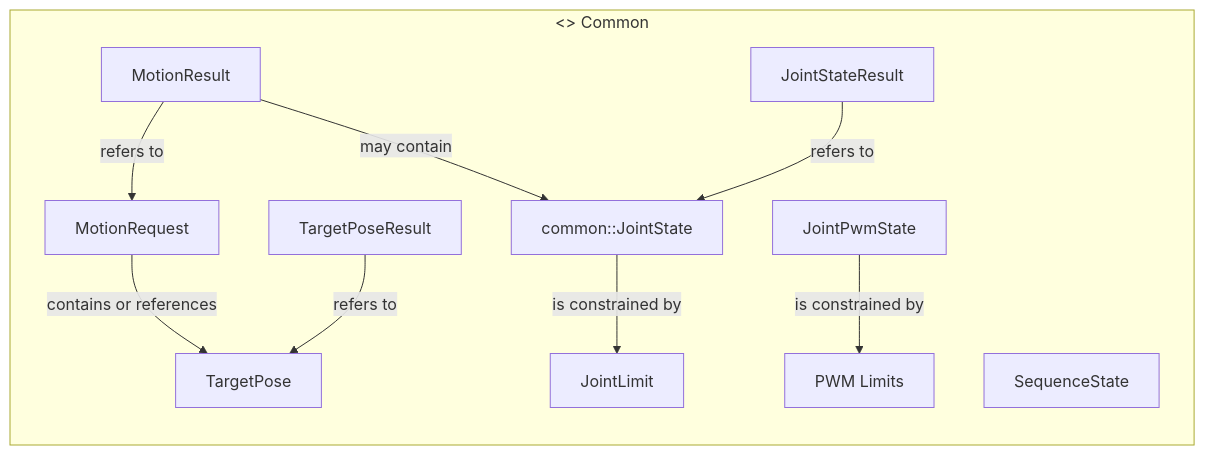
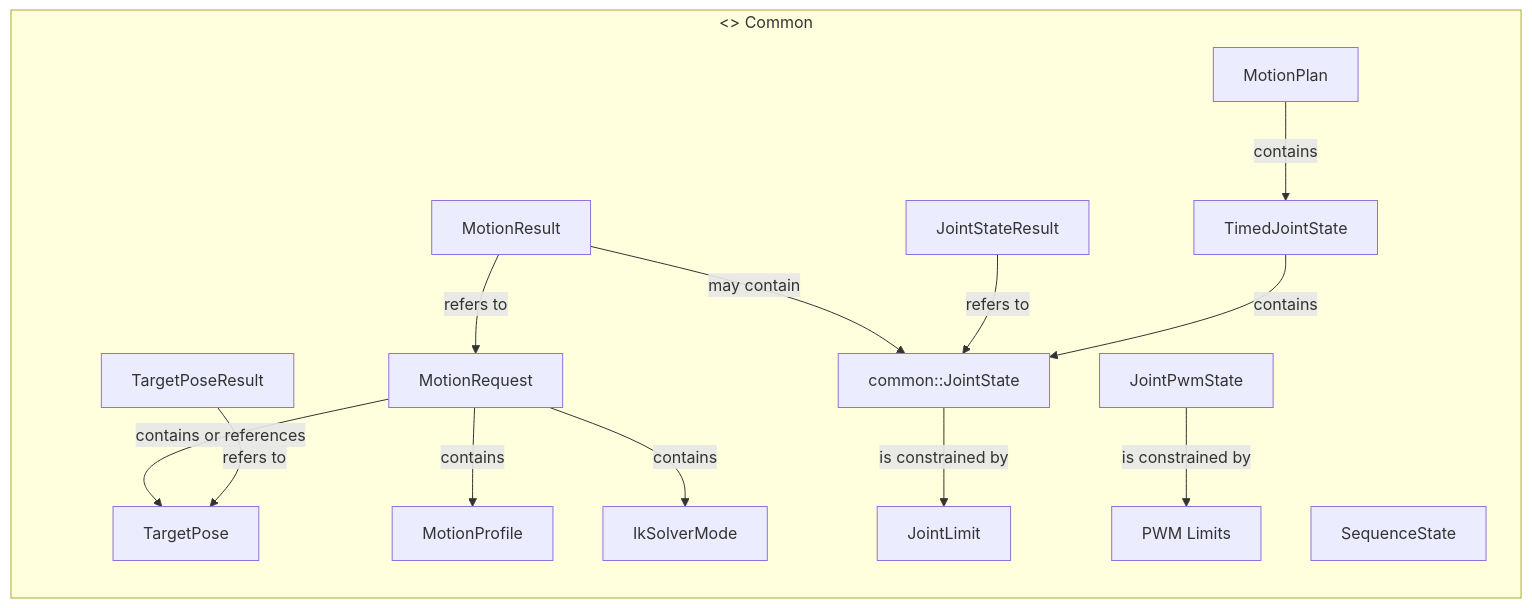
Before and after one commit to butz1999/inverse_kinematik: the sixth of 7 diagrams in doc/projektbeschreibung.md, drawn with Mermaid. The commit also changed other lines of this file and 20 other files, not shown here.

````diff
--- a/doc/projektbeschreibung.md
+++ b/doc/projektbeschreibung.md
@@ -559,23 +577,31 @@
 ```mermaid
 flowchart LR
     subgraph COM["<<component>> Common"]
         E1[TargetPose]
         E2[MotionRequest]
         E3[common::JointState]
         E4[MotionResult]
         E5[SequenceState]
         E6[TargetPoseResult]
         E7[JointStateResult]
         E8[JointPwmState]
         E9[JointLimit]
         E10[PWM Limits]
+        E11[MotionProfile]
+        E12[MotionPlan]
+        E13[TimedJointState]
+        E14[IkSolverMode]
 
         E2 -->|contains or references| E1
+        E2 -->|contains| E11
+        E2 -->|contains| E14
         E4 -->|refers to| E2
         E4 -->|may contain| E3
         E6 -->|refers to| E1
         E7 -->|refers to| E3
         E3 -->|is constrained by| E9
         E8 -->|is constrained by| E10
+        E12 -->|contains| E13
+        E13 -->|contains| E3
     end
 ```
````
